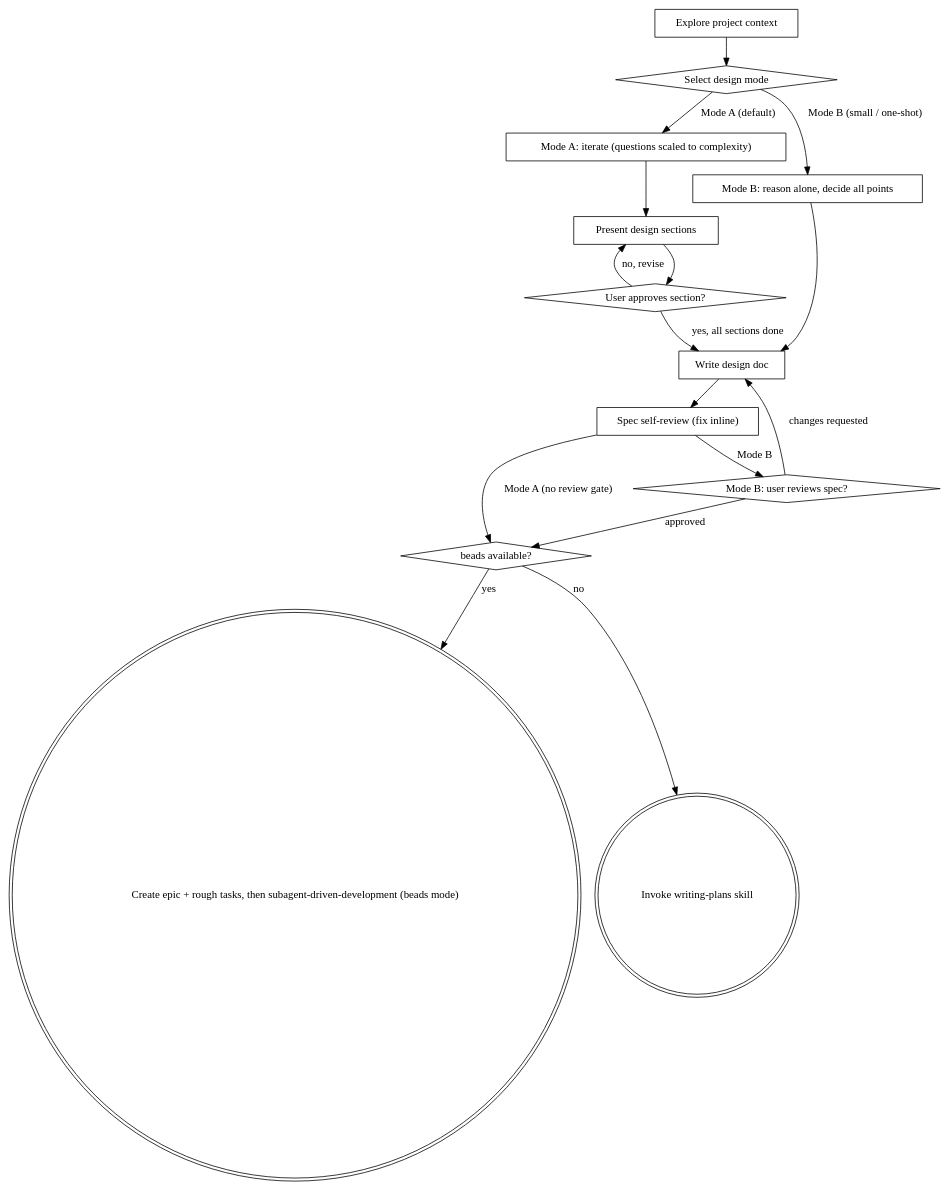
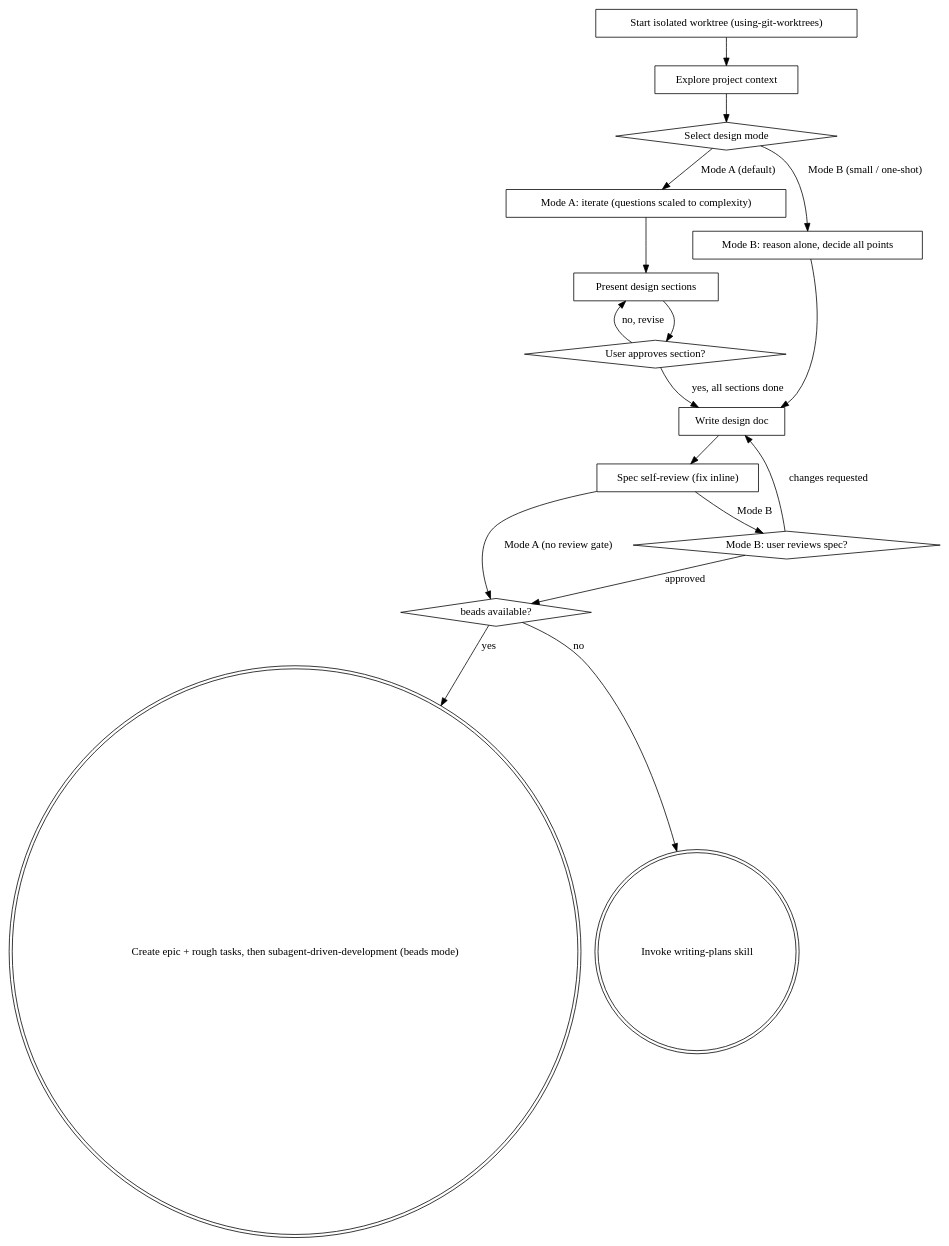
The diagram in skills/brainstorming/SKILL.md (alepar/superpowers), drawn with Graphviz before and after one commit. The commit also changed other lines of this file, not shown here.

Commit message:
brainstorming: worktree-at-start, INDEX look-around, Post-Implementation Notes, INDEX row

````diff
--- a/skills/brainstorming/SKILL.md
+++ b/skills/brainstorming/SKILL.md
@@ -49,32 +50,34 @@
 ```dot
 digraph brainstorming {
+    "Start isolated worktree (using-git-worktrees)" [shape=box];
     "Explore project context" [shape=box];
     "Select design mode" [shape=diamond];
     "Mode A: iterate (questions scaled to complexity)" [shape=box];
     "Mode B: reason alone, decide all points" [shape=box];
     "Present design sections" [shape=box];
     "User approves section?" [shape=diamond];
     "Write design doc" [shape=box];
     "Spec self-review (fix inline)" [shape=box];
     "Mode B: user reviews spec?" [shape=diamond];
     "beads available?" [shape=diamond];
     "Create epic + rough tasks, then subagent-driven-development (beads mode)" [shape=doublecircle];
     "Invoke writing-plans skill" [shape=doublecircle];
 
+    "Start isolated worktree (using-git-worktrees)" -> "Explore project context";
     "Explore project context" -> "Select design mode";
     "Select design mode" -> "Mode A: iterate (questions scaled to complexity)" [label="Mode A (default)"];
     "Select design mode" -> "Mode B: reason alone, decide all points" [label="Mode B (small / one-shot)"];
     "Mode A: iterate (questions scaled to complexity)" -> "Present design sections";
     "Present design sections" -> "User approves section?";
     "User approves section?" -> "Present design sections" [label="no, revise"];
     "User approves section?" -> "Write design doc" [label="yes, all sections done"];
     "Mode B: reason alone, decide all points" -> "Write design doc";
     "Write design doc" -> "Spec self-review (fix inline)";
     "Spec self-review (fix inline)" -> "Mode B: user reviews spec?" [label="Mode B"];
     "Spec self-review (fix inline)" -> "beads available?" [label="Mode A (no review gate)"];
     "Mode B: user reviews spec?" -> "Write design doc" [label="changes requested"];
     "Mode B: user reviews spec?" -> "beads available?" [label="approved"];
     "beads available?" -> "Create epic + rough tasks, then subagent-driven-development (beads mode)" [label="yes"];
     "beads available?" -> "Invoke writing-plans skill" [label="no"];
 }
 ```
````
